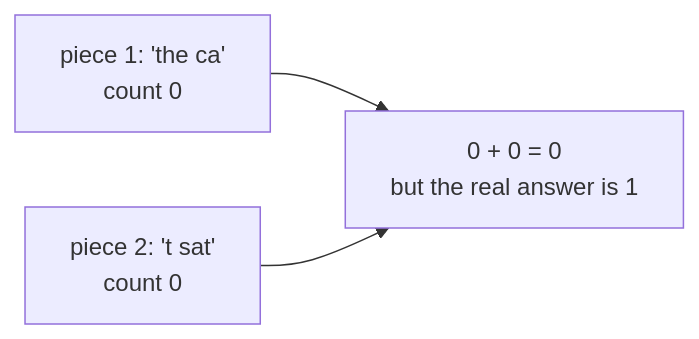
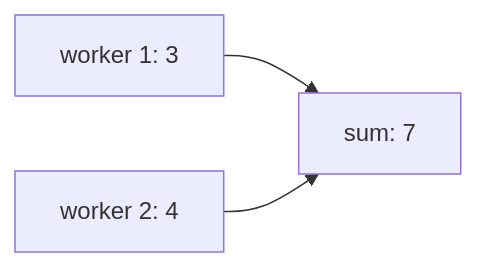
Before and after one commit to sirjakk/explain-skill: the third of 4 diagrams in references/visuals.md, drawn with Mermaid. The commit also changed other lines of this file and 3 other files, not shown here.

````diff
--- a/references/visuals.md
+++ b/references/visuals.md
@@ -87,5 +32,5 @@
 ```mermaid
 flowchart LR
-    A["piece 1: 'the ca'<br/>count 0"] --> S["0 + 0 = 0<br/>but the real answer is 1"]
-    B["piece 2: 't sat'<br/>count 0"] --> S
+    W1["worker 1: 3"] --> S["sum: 7"]
+    W2["worker 2: 4"] --> S
 ```
````
